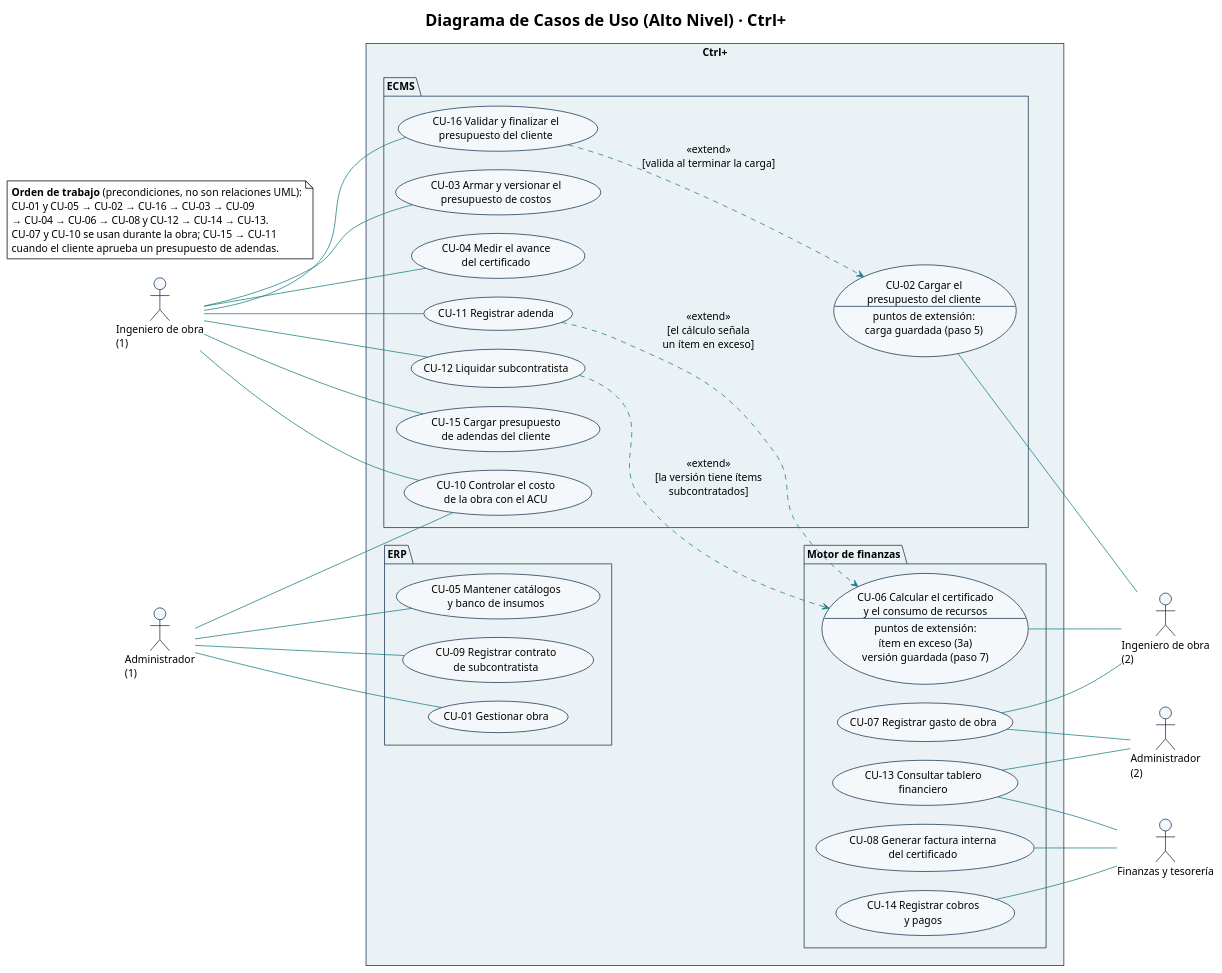
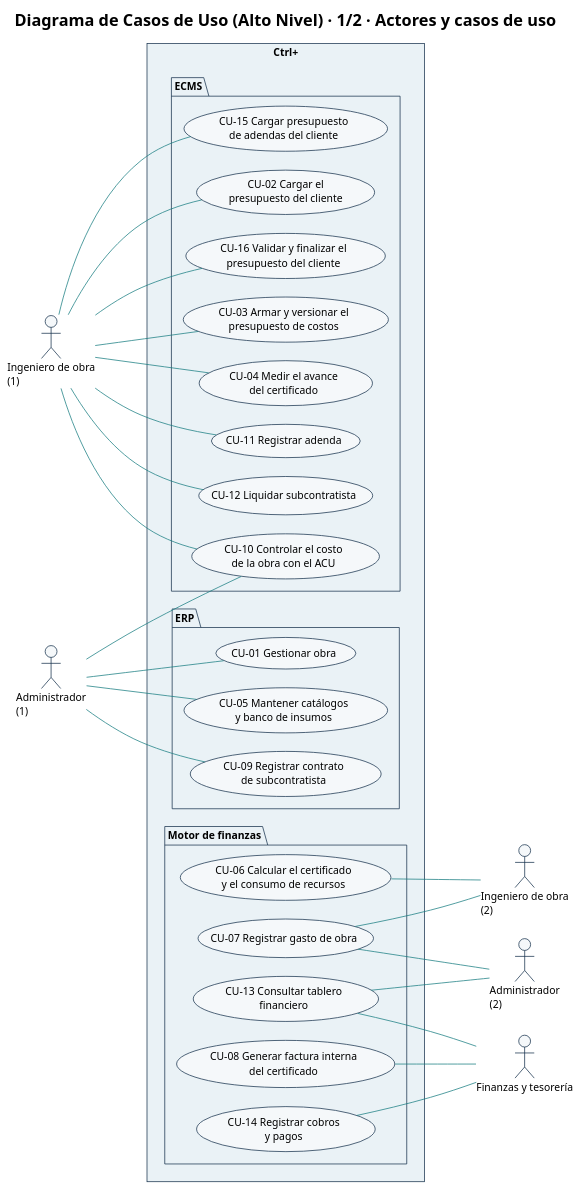
The diagram in diagramas/CU-00-casos-de-uso-alto-nivel.puml (Ssrrb/tpf-uca), drawn with PlantUML before and after one commit. The commit also changed 1 other file, not shown here.

Commit message:
Separa el alto nivel en dos diagramas
1/2 actores y casos de uso; 2/2 relaciones «extend» entre casos de uso.
Se quita la nota de orden de trabajo.

Claude-Session: https://claude.ai/code/session_01SsyG3wCMXzRw729TatmkYY

```diff
--- a/diagramas/CU-00-casos-de-uso-alto-nivel.puml
+++ b/diagramas/CU-00-casos-de-uso-alto-nivel.puml
@@ -1,100 +1,90 @@
 @startuml
 !theme plain
 skinparam style strictuml
-title Diagrama de Casos de Uso (Alto Nivel) · Ctrl+
+title Diagrama de Casos de Uso (Alto Nivel) · 1/2 · Actores y casos de uso
 skinparam shadowing false
 skinparam defaultFontName Arial
 skinparam defaultFontSize 14
 skinparam ArrowColor #167C80
 skinparam actor {
   BackgroundColor #F5F8FA
   BorderColor #17324D
 }
 skinparam usecase {
   BackgroundColor #F5F8FA
   BorderColor #17324D
 }
 skinparam rectangle {
   BackgroundColor #FFFFFF
   BorderColor #17324D
 }
 skinparam package {
   BackgroundColor #EAF2F6
   BorderColor #17324D
 }
 left to right direction
 skinparam nodesep 25
 skinparam ranksep 110
 
 actor "Ingeniero de obra\n(1)" as ING
 actor "Administrador\n(1)" as ADM
 actor "Ingeniero de obra\n(2)" as ING2
 actor "Administrador\n(2)" as ADM2
 actor "Finanzas y tesorería" as FIN
 
 rectangle "Ctrl+" {
   package "ERP" {
     usecase "CU-01 Gestionar obra" as CU01
     usecase "CU-05 Mantener catálogos\ny banco de insumos" as CU05
     usecase "CU-09 Registrar contrato\nde subcontratista" as CU09
   }
   package "ECMS" {
-    usecase "CU-02 Cargar el\npresupuesto del cliente\n--\npuntos de extensión:\ncarga guardada (paso 5)" as CU02
+    usecase "CU-02 Cargar el\npresupuesto del cliente" as CU02
     usecase "CU-16 Validar y finalizar el\npresupuesto del cliente" as CU16
     usecase "CU-03 Armar y versionar el\npresupuesto de costos" as CU03
     usecase "CU-04 Medir el avance\ndel certificado" as CU04
     usecase "CU-10 Controlar el costo\nde la obra con el ACU" as CU10
     usecase "CU-11 Registrar adenda" as CU11
     usecase "CU-12 Liquidar subcontratista" as CU12
     usecase "CU-15 Cargar presupuesto\nde adendas del cliente" as CU15
   }
   package "Motor de finanzas" {
-    usecase "CU-06 Calcular el certificado\ny el consumo de recursos\n--\npuntos de extensión:\nítem en exceso (3a)\nversión guardada (paso 7)" as CU06
+    usecase "CU-06 Calcular el certificado\ny el consumo de recursos" as CU06
     usecase "CU-07 Registrar gasto de obra" as CU07
     usecase "CU-08 Generar factura interna\ndel certificado" as CU08
     usecase "CU-13 Consultar tablero\nfinanciero" as CU13
     usecase "CU-14 Registrar cobros\ny pagos" as CU14
   }
 }
 
-' Relaciones entre casos de uso (UML 2: del que extiende al caso base)
-CU16 ..> CU02 : <<extend>>\n[valida al terminar la carga]
-CU11 ..> CU06 : <<extend>>\n[el cálculo señala\nun ítem en exceso]
-CU12 ..> CU06 : <<extend>>\n[la versión tiene ítems\nsubcontratados]
 
 ' Los actores (1) quedan a la izquierda y los (2) a la derecha,
 ' junto a los CU que usan, para que ninguna asociación cruce el diagrama.
 ' Ingeniero de obra (1): CU del ECMS que quedan a la izquierda
+ING -- CU02
 ING -- CU16
 ING -- CU15
 ING -- CU11
 ING -- CU04
 ING -- CU12
 ING -- CU03
 ING -- CU10
 
 ' Administrador (1): ERP y control de costos
 ADM -- CU10
 ADM -- CU01
 ADM -- CU05
 ADM -- CU09
 
 ' Ingeniero de obra (2), Administrador (2) y Finanzas y tesorería: a la derecha
-CU02 -- ING2
+
 CU06 -- ING2
 CU07 -- ING2
 CU07 -- ADM2
 CU13 -- ADM2
 CU13 -- FIN
 CU08 -- FIN
 CU14 -- FIN
 
-note as ORDEN
-  <b>Orden de trabajo</b> (precondiciones, no son relaciones UML):
-  CU-01 y CU-05 → CU-02 → CU-16 → CU-03 → CU-09
-  → CU-04 → CU-06 → CU-08 y CU-12 → CU-14 → CU-13.
-  CU-07 y CU-10 se usan durante la obra; CU-15 → CU-11
-  cuando el cliente aprueba un presupuesto de adendas.
-end note
 
 @enduml
```
